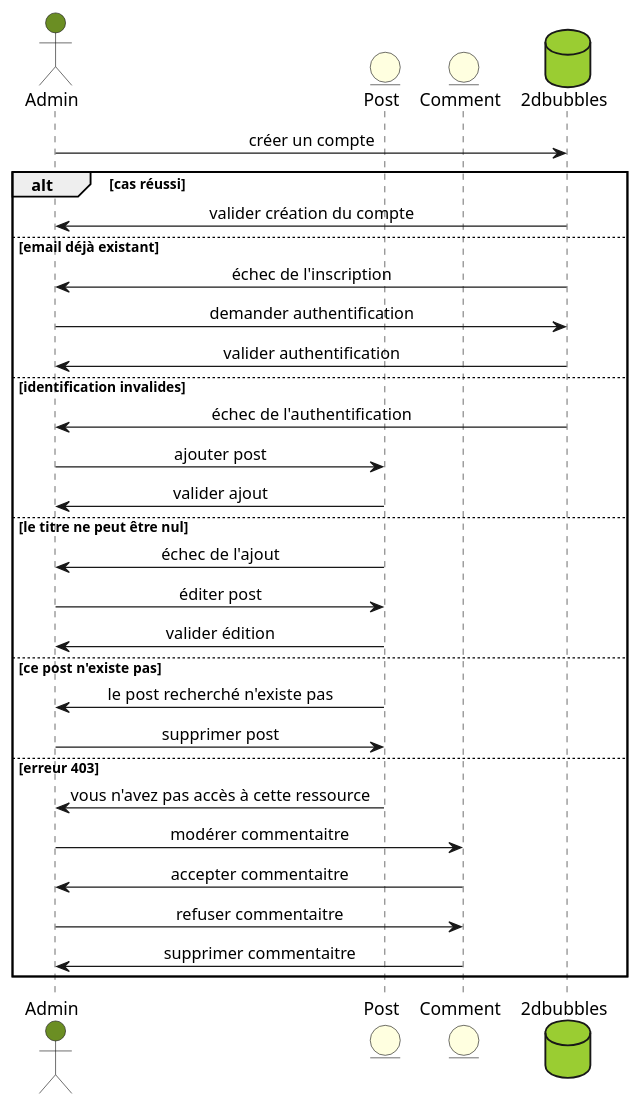
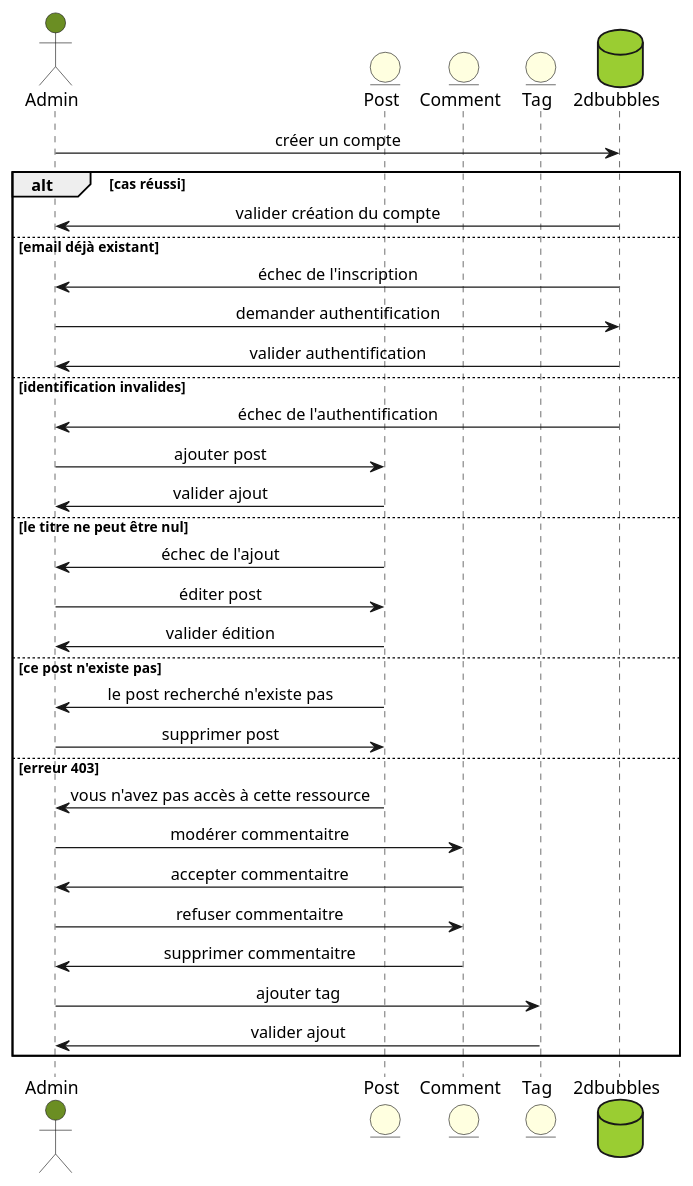
Before and after one commit to laurasullyalexandrine/the2dbubbles: the diagram in diagrammes-uml/Sequence/UserAdminSequence.puml, drawn with PlantUML. The commit also changed 4 other files, not shown here.

```diff
--- a/diagrammes-uml/Sequence/UserAdminSequence.puml
+++ b/diagrammes-uml/Sequence/UserAdminSequence.puml
@@ -1,44 +1,48 @@
 @startuml UserAdminSequence
 
 skinparam responseMessageBelowArrow true
 skinparam SequenceMessageAlignment center
 
 actor Admin as Admin #OliveDrab
 
 entity Post as Post #LightYellow
 entity Comment as Comment #LightYellow
+entity Tag as Tag #LightYellow
 
 database 2dbubbles as 2dbubbles #YellowGreen
 
 Admin -> 2dbubbles: créer un compte
 alt cas réussi
 2dbubbles -> Admin: valider création du compte
 else email déjà existant 
 2dbubbles -> Admin: échec de l'inscription
 
 Admin  -> 2dbubbles: demander authentification 
 2dbubbles -> Admin: valider authentification 
 else identification invalides
 2dbubbles -> Admin: échec de l'authentification
 
 Admin  -> Post: ajouter post
 Post -> Admin: valider ajout
 else le titre ne peut être nul
 Post -> Admin: échec de l'ajout
 
 Admin  -> Post: éditer post
 Post -> Admin: valider édition
 else ce post n'existe pas
 Post -> Admin: le post recherché n'existe pas
 
 Admin  -> Post: supprimer post
 else erreur 403
 Post -> Admin: vous n'avez pas accès à cette ressource
 
 Admin  -> Comment: modérer commentaitre
 Comment -> Admin: accepter commentaitre
 Admin  -> Comment: refuser commentaitre
 Comment -> Admin: supprimer commentaitre
 
+Admin  -> Tag: ajouter tag
+Tag -> Admin: valider ajout
+
 end
 @enduml
```
